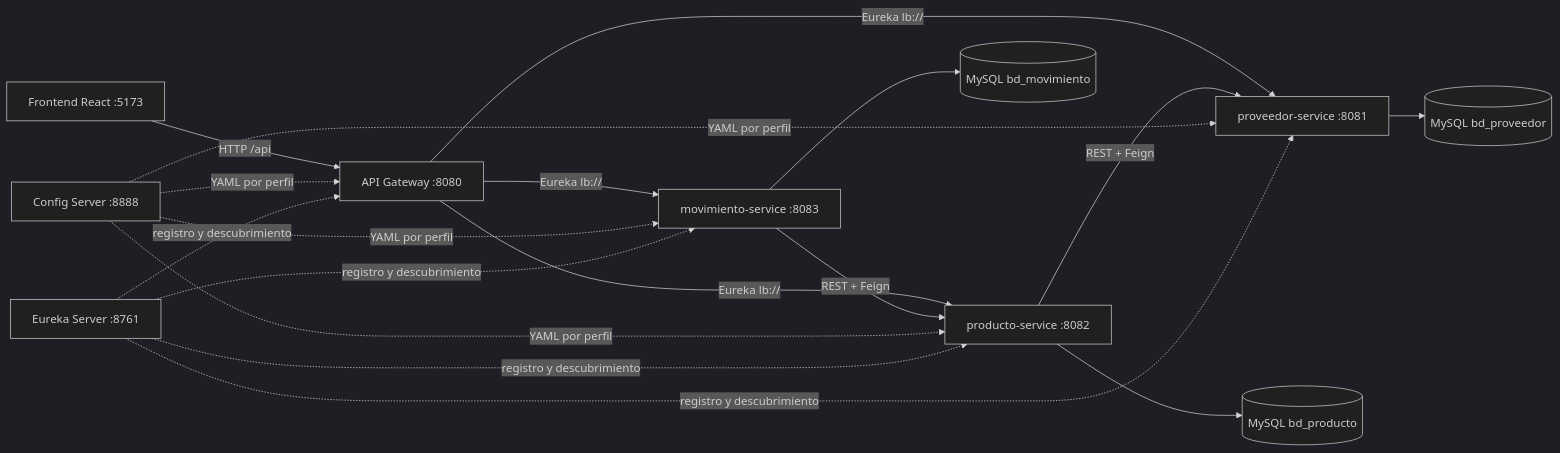
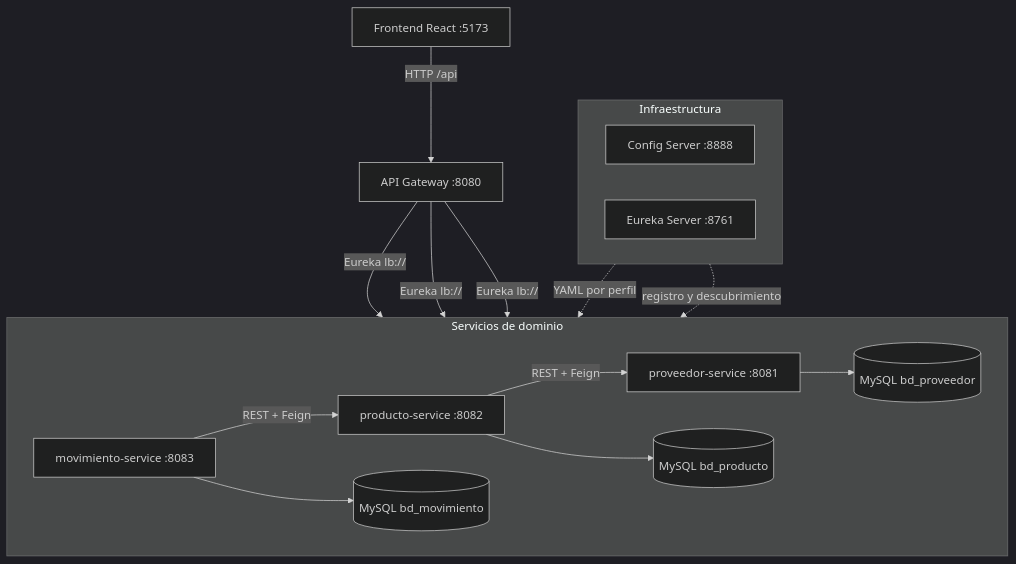
Before and after one commit to Fernando-Correa-27/Evaluacion_03_Web_A: the diagram in docs/diagrama-microservicios.md, drawn with Mermaid (dark theme). The commit also changed 16 other files, not shown here.

````diff
--- a/docs/diagrama-microservicios.md
+++ b/docs/diagrama-microservicios.md
@@ -3,20 +3,29 @@
 ```mermaid
-flowchart LR
+flowchart TB
   UI[Frontend React :5173] -->|HTTP /api| GW[API Gateway :8080]
-  GW -->|Eureka lb://| PS[proveedor-service :8081]
-  GW -->|Eureka lb://| PR[producto-service :8082]
-  GW -->|Eureka lb://| MS[movimiento-service :8083]
-  PR -->|REST + Feign| PS
-  MS -->|REST + Feign| PR
-  PS --> DB1[(MySQL bd_proveedor)]
-  PR --> DB2[(MySQL bd_producto)]
-  MS --> DB3[(MySQL bd_movimiento)]
-  CFG[Config Server :8888] -. YAML por perfil .-> GW
-  CFG -. YAML por perfil .-> PS
-  CFG -. YAML por perfil .-> PR
-  CFG -. YAML por perfil .-> MS
-  ES[Eureka Server :8761] -. registro y descubrimiento .-> GW
-  ES -. registro y descubrimiento .-> PS
-  ES -. registro y descubrimiento .-> PR
-  ES -. registro y descubrimiento .-> MS
+
+  subgraph DOMAIN[Servicios de dominio]
+    direction LR
+    PS[proveedor-service :8081]
+    PR[producto-service :8082]
+    MS[movimiento-service :8083]
+    PS --> DB1[(MySQL bd_proveedor)]
+    PR --> DB2[(MySQL bd_producto)]
+    MS --> DB3[(MySQL bd_movimiento)]
+    PR -->|REST + Feign| PS
+    MS -->|REST + Feign| PR
+  end
+
+  GW -->|Eureka lb://| PS
+  GW -->|Eureka lb://| PR
+  GW -->|Eureka lb://| MS
+
+  subgraph PLATFORM[Infraestructura]
+    direction LR
+    CFG[Config Server :8888]
+    ES[Eureka Server :8761]
+  end
+
+  CFG -. YAML por perfil .-> DOMAIN
+  ES -. registro y descubrimiento .-> DOMAIN
 ```
````
